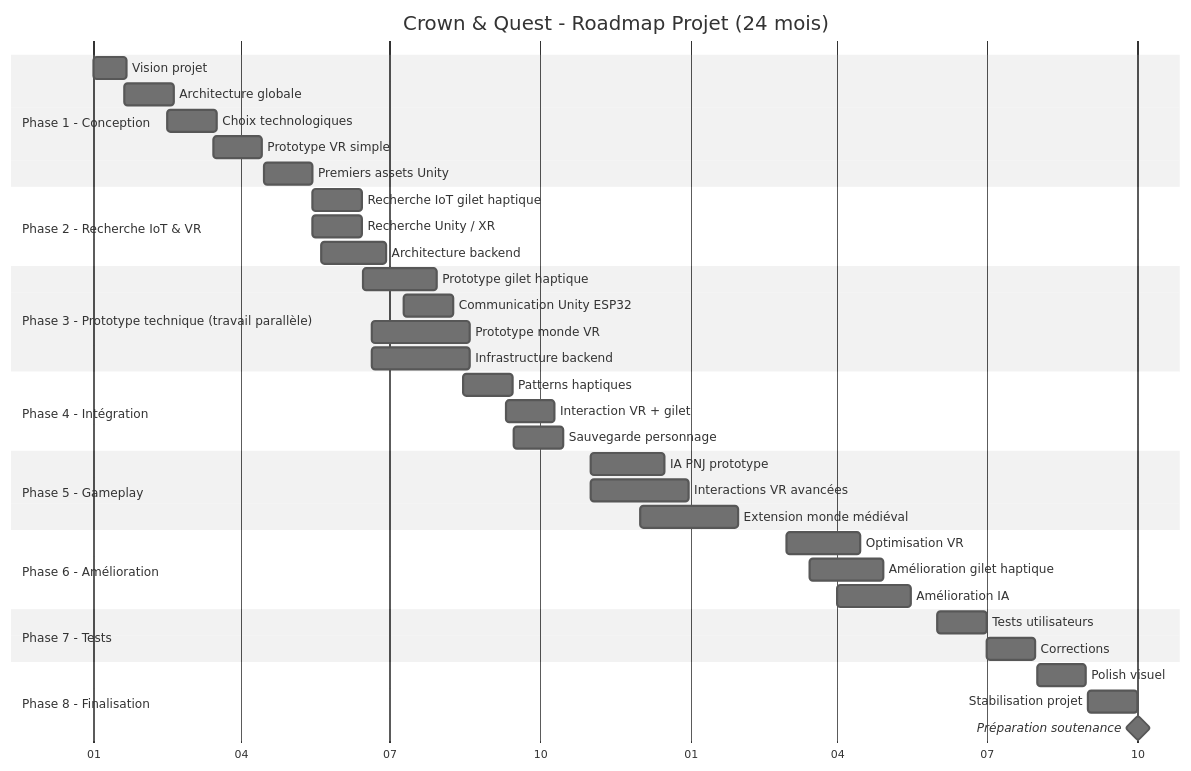
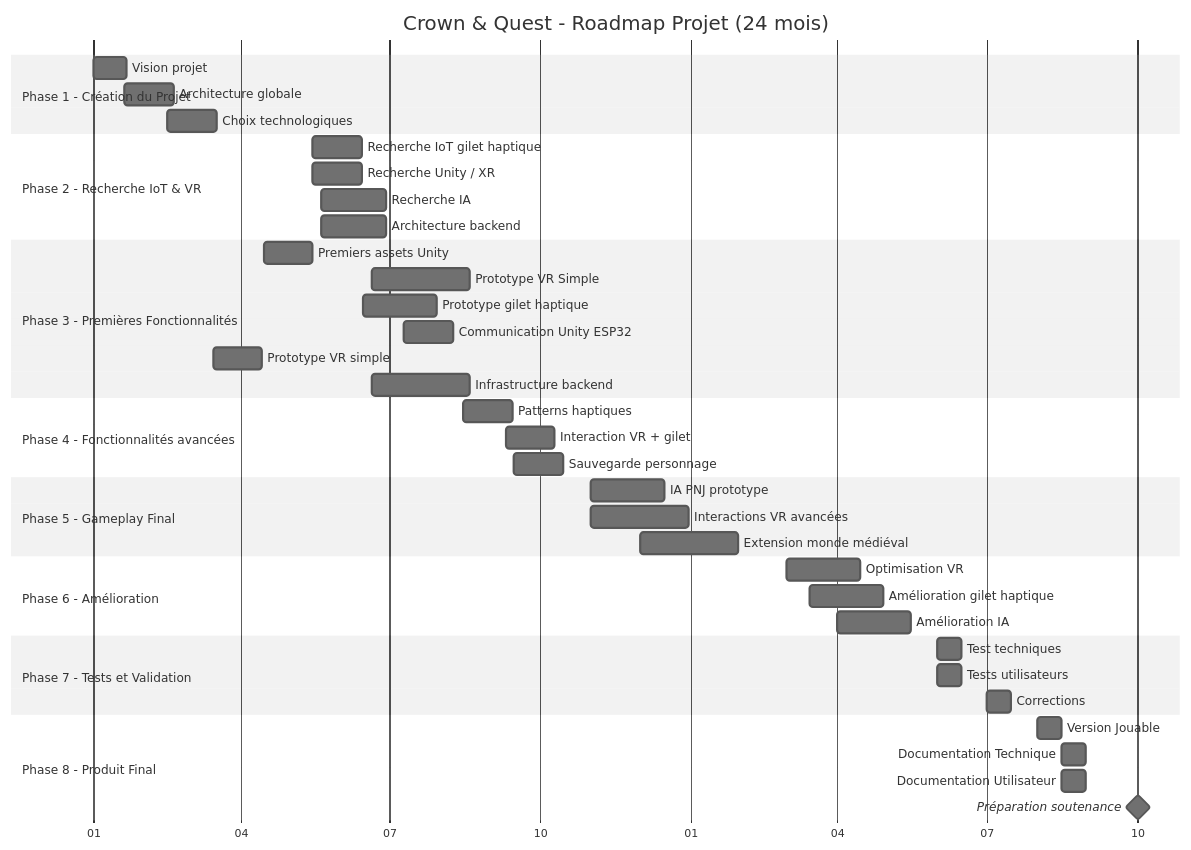
Before and after one commit to Crown-Quest/docs: the diagram in docs/02-architecture/gantt.md, drawn with Mermaid (neutral theme).

Commit message:
doc(gantt): Gantt chart modification

````diff
--- a/docs/02-architecture/gantt.md
+++ b/docs/02-architecture/gantt.md
@@ -1,48 +1,51 @@
 ```mermaid
 gantt
 title Crown & Quest - Roadmap Projet (24 mois)
 dateFormat YYYY-MM-DD
 axisFormat %m
 
-section Phase 1 - Conception
+section Phase 1 - Création du Projet
 Vision projet :p1a, 2026-01-01, 20d
 Architecture globale :p1b, 2026-01-20, 30d
 Choix technologiques :p1c, 2026-02-15, 30d
-Prototype VR simple :p1d, 2026-03-15, 30d
-Premiers assets Unity :p1e, 2026-04-15, 30d
 
 section Phase 2 - Recherche IoT & VR
 Recherche IoT gilet haptique :p2a, 2026-05-15, 30d
 Recherche Unity / XR :p2b, 2026-05-15, 30d
-Architecture backend :p2c, 2026-05-20, 40d
+Recherche IA :p2c, 2026-05-20, 40d
+Architecture backend :p2d, 2026-05-20, 40d
 
-section Phase 3 - Prototype technique (travail parallèle)
-Prototype gilet haptique :p3a, 2026-06-15, 45d
-Communication Unity ESP32 :p3b, 2026-07-10, 30d
-Prototype monde VR :p3c, 2026-06-20, 60d
-Infrastructure backend :p3d, 2026-06-20, 60d
+section Phase 3 - Premières Fonctionnalités
+Premiers assets Unity :p3a, 2026-04-15, 30d
+Prototype VR Simple :p3b, 2026-06-20, 60d
+Prototype gilet haptique :p3c, 2026-06-15, 45d
+Communication Unity ESP32 :p3d, 2026-07-10, 30d
+Prototype VR simple :p3e, 2026-03-15, 30d
+Infrastructure backend :p3f, 2026-06-20, 60d
 
-section Phase 4 - Intégration
+section Phase 4 - Fonctionnalités avancées
 Patterns haptiques :p4a, 2026-08-15, 30d
 Interaction VR + gilet :p4b, 2026-09-10, 30d
 Sauvegarde personnage :p4c, 2026-09-15, 30d
 
-section Phase 5 - Gameplay
+section Phase 5 - Gameplay Final
 IA PNJ prototype :p5a, 2026-11-01, 45d
 Interactions VR avancées :p5b, 2026-11-01, 60d
 Extension monde médiéval :p5c, 2026-12-01, 60d
 
 section Phase 6 - Amélioration
 Optimisation VR :p6a, 2027-03-01, 45d
 Amélioration gilet haptique :p6b, 2027-03-15, 45d
 Amélioration IA :p6c, 2027-04-01, 45d
 
-section Phase 7 - Tests
-Tests utilisateurs :p7a, 2027-06-01, 30d
-Corrections :p7b, 2027-07-01, 30d
+section Phase 7 - Tests et Validation
+Test techniques: p7a,2027-06-01, 15d
+Tests utilisateurs :p7b, 2027-06-01, 15d
+Corrections :p7c, 2027-07-01, 15d
 
-section Phase 8 - Finalisation
-Polish visuel :p8a, 2027-08-01, 30d
-Stabilisation projet :p8b, 2027-09-01, 30d
+section Phase 8 - Produit Final
+Version Jouable :p8a, 2027-08-01, 15d
+Documentation Technique :p8b, 2027-08-16, 15d
+Documentation Utilisateur :p8c, 2027-08-16, 15d
 Préparation soutenance :milestone, 2027-10-01, 1d
 ```
````
